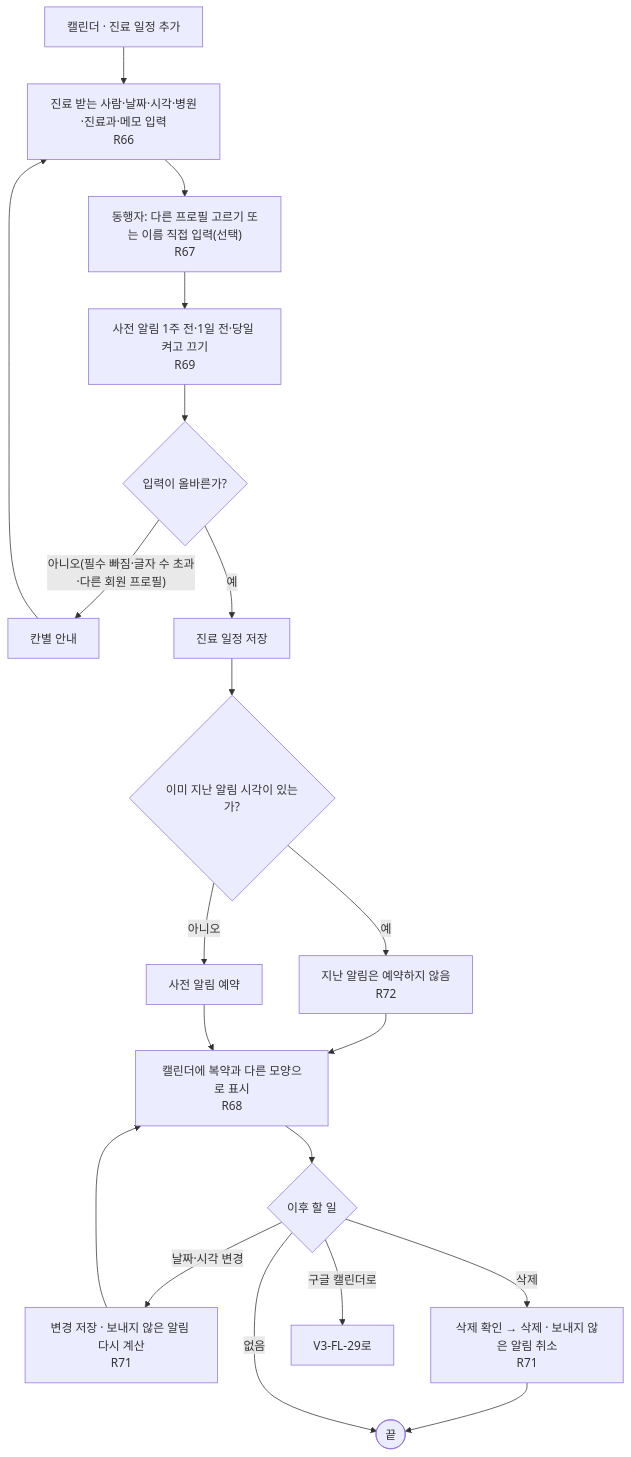
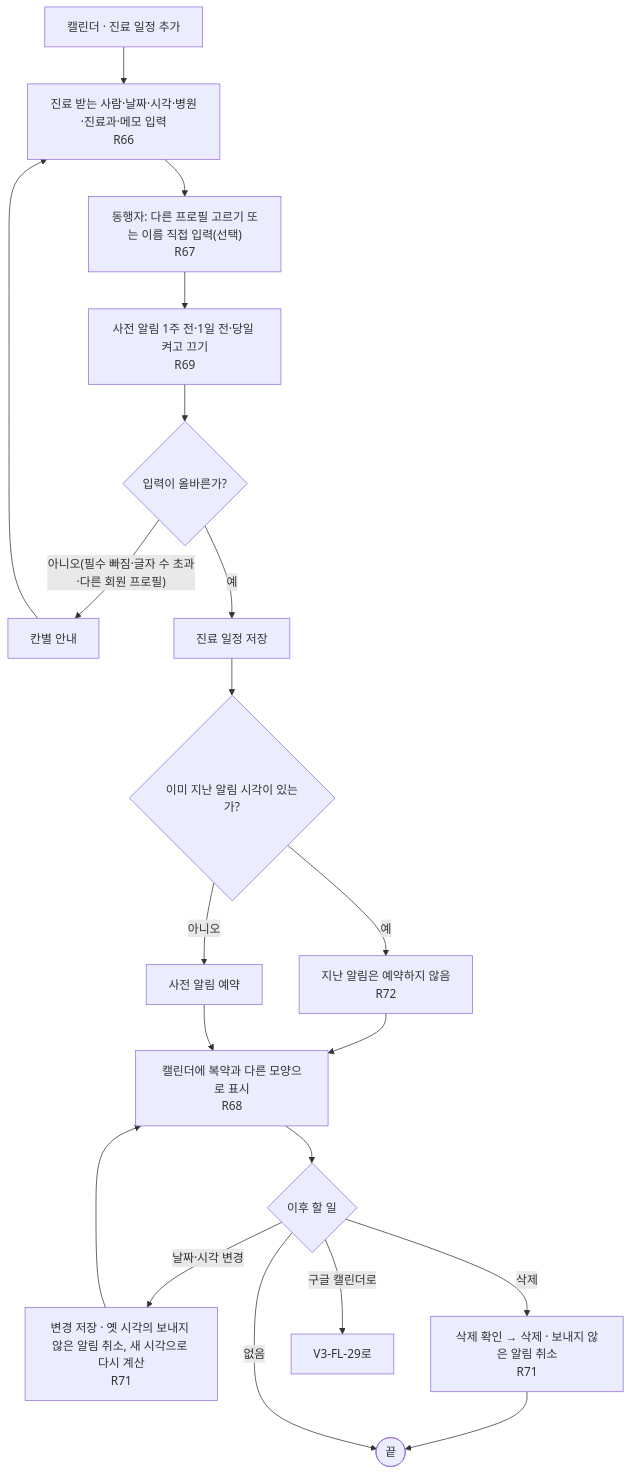
One commit to kodonghui/pillboot-dev changed diagram 11 of 13 in docs/03-user-flow/user-flow-v3.md. Above: the diagram before and after it, drawn with Mermaid. The commit also changed other lines of this file and 3 other files, not shown here.

````diff
--- a/docs/03-user-flow/user-flow-v3.md
+++ b/docs/03-user-flow/user-flow-v3.md
@@ -280,22 +280,22 @@
 ```mermaid
 flowchart TD
     CAL["캘린더 · 진료 일정 추가"] --> FORM["진료 받는 사람·날짜·시각·병원·진료과·메모 입력<br/>R66"]
     FORM --> COMP["동행자: 다른 프로필 고르기 또는 이름 직접 입력(선택)<br/>R67"]
     COMP --> ALARM["사전 알림 1주 전·1일 전·당일 켜고 끄기<br/>R69"]
     ALARM --> VALID{"입력이 올바른가?"}
     VALID -->|"아니오(필수 빠짐·글자 수 초과·다른 회원 프로필)"| FIX["칸별 안내"]
     FIX --> FORM
     VALID -->|"예"| SAVE["진료 일정 저장"]
     SAVE --> PAST{"이미 지난 알림 시각이 있는가?"}
     PAST -->|"예"| SKIP["지난 알림은 예약하지 않음<br/>R72"]
     PAST -->|"아니오"| BOOK["사전 알림 예약"]
     SKIP --> SHOW["캘린더에 복약과 다른 모양으로 표시<br/>R68"]
     BOOK --> SHOW
     SHOW --> NEXT{"이후 할 일"}
-    NEXT -->|"날짜·시각 변경"| CHANGE["변경 저장 · 보내지 않은 알림 다시 계산<br/>R71"]
+    NEXT -->|"날짜·시각 변경"| CHANGE["변경 저장 · 옛 시각의 보내지 않은 알림 취소, 새 시각으로 다시 계산<br/>R71"]
     CHANGE --> SHOW
     NEXT -->|"삭제"| DEL["삭제 확인 → 삭제 · 보내지 않은 알림 취소<br/>R71"]
     NEXT -->|"구글 캘린더로"| GCAL["V3-FL-29로"]
     DEL --> END(["끝"])
     NEXT -->|"없음"| END
 ```
````
